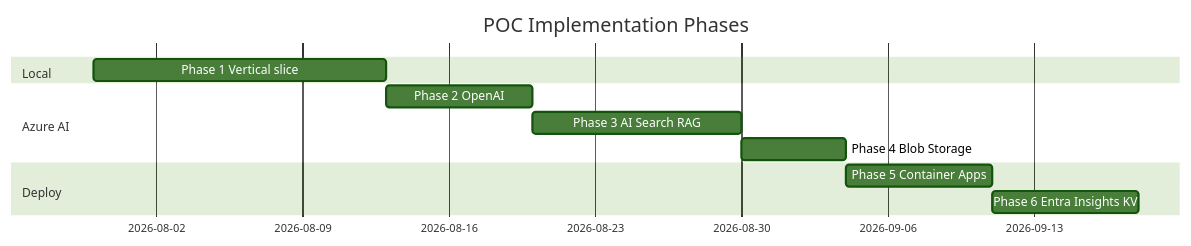
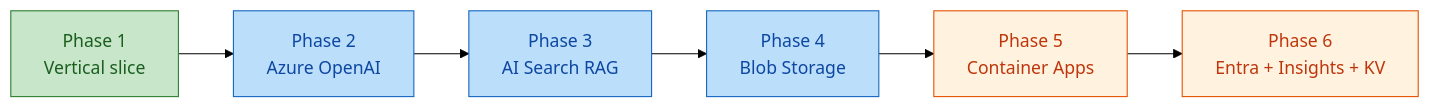
Before and after one commit to farukzahra/ms-poc: the first of 5 diagrams in docs/learn/07-development-phases.md, drawn with Mermaid (forest theme). The commit also changed other lines of this file and 32 other files, not shown here.

Commit message:
feat: complete phases 2-6 with SK agent, hybrid RAG, and Azure IaC

````diff
--- a/docs/learn/07-development-phases.md
+++ b/docs/learn/07-development-phases.md
@@ -7,14 +7,15 @@
 ```mermaid
-gantt
-    title POC Implementation Phases
-    dateFormat YYYY-MM-DD
-    section Local
-    Phase 1 Vertical slice     :p1, 2026-07-30, 14d
-    section Azure AI
-    Phase 2 OpenAI             :p2, after p1, 7d
-    Phase 3 AI Search RAG      :p3, after p2, 10d
-    Phase 4 Blob Storage       :p4, after p3, 5d
-    section Deploy
-    Phase 5 Container Apps     :p5, after p4, 7d
-    Phase 6 Entra Insights KV  :p6, after p5, 7d
+flowchart LR
+    P1[Phase 1<br/>Vertical slice] --> P2[Phase 2<br/>Azure OpenAI]
+    P2 --> P3[Phase 3<br/>AI Search RAG]
+    P3 --> P4[Phase 4<br/>Blob Storage]
+    P4 --> P5[Phase 5<br/>Container Apps]
+    P5 --> P6[Phase 6<br/>Entra + Insights + KV]
+
+    classDef local fill:#C8E6C9,stroke:#2E7D32,color:#1B5E20
+    classDef azure fill:#BBDEFB,stroke:#1565C0,color:#0D47A1
+    classDef deploy fill:#FFF3E0,stroke:#E65100,color:#BF360C
+    class P1 local
+    class P2,P3,P4 azure
+    class P5,P6 deploy
 ```
````
